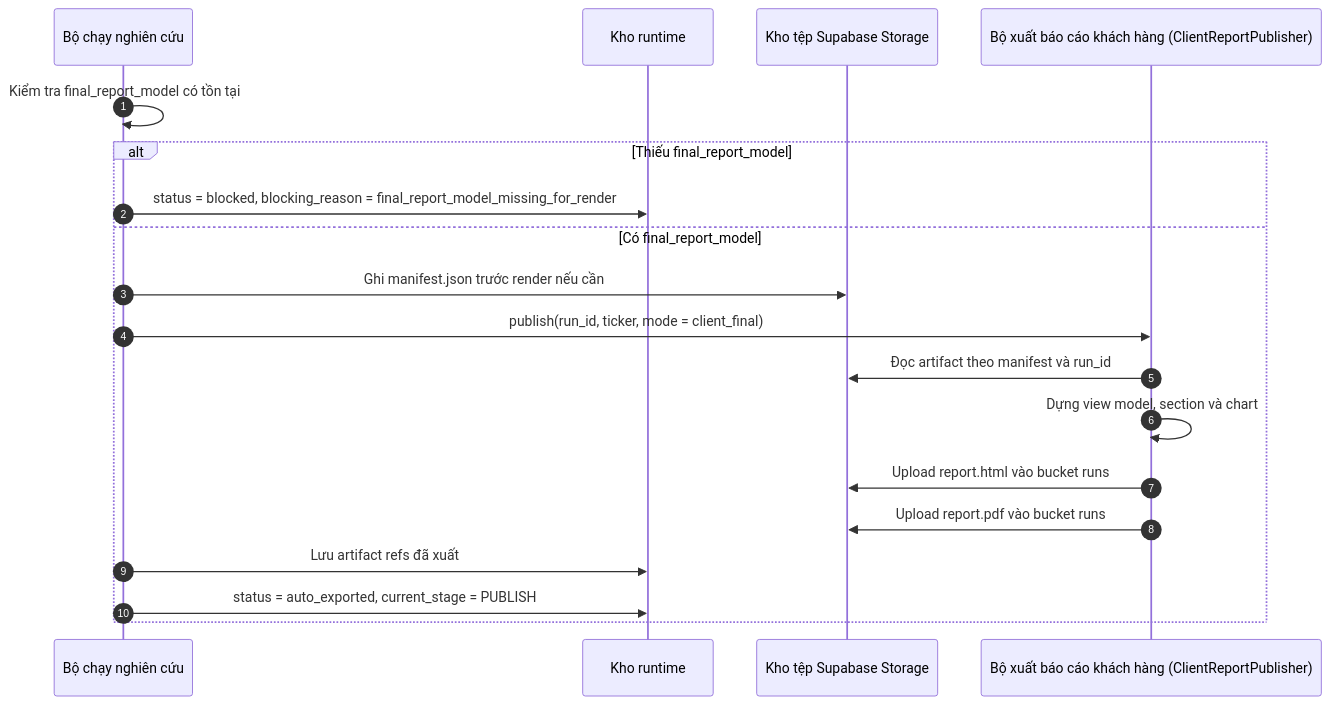
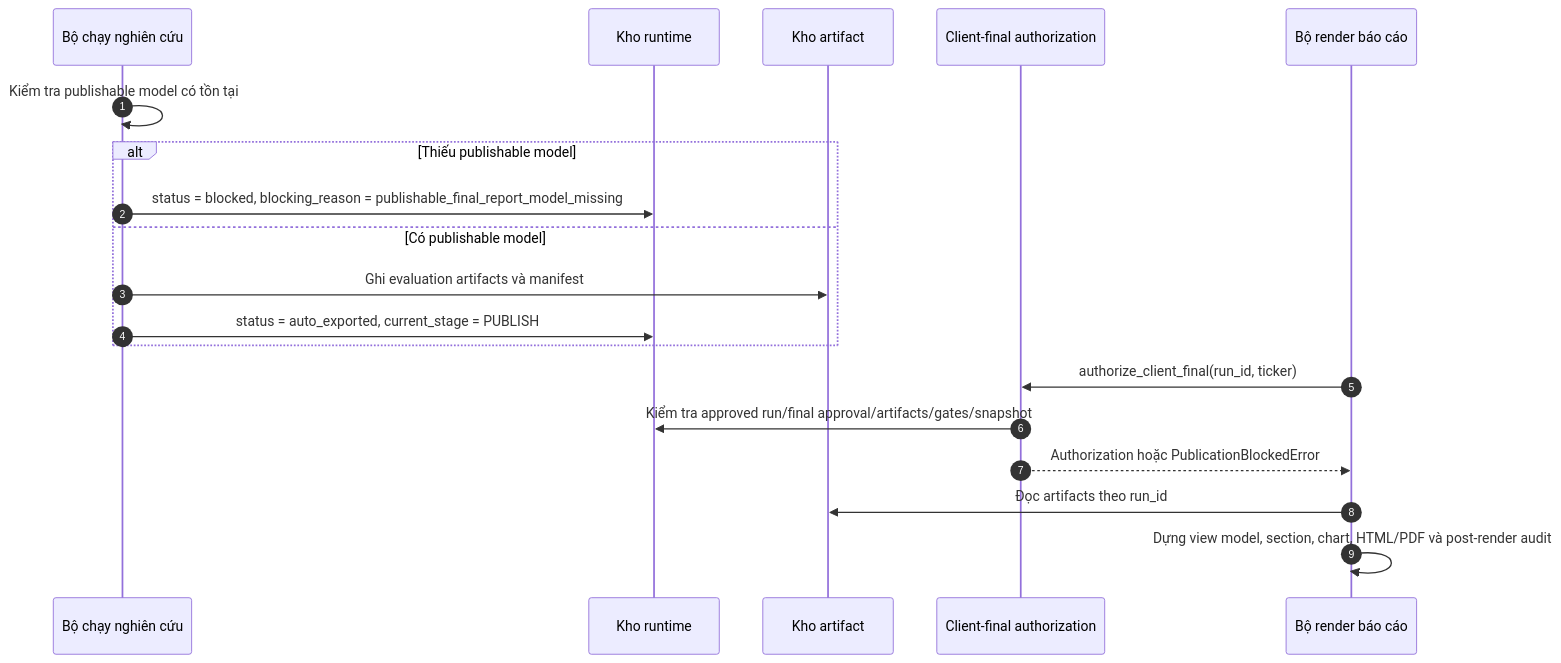
Diagram 14 of 24 in docs/SEQUENCE.md (haubelerche/equity-research-system), drawn with Mermaid before and after one commit. The commit also changed other lines of this file and 178 other files, not shown here.

````diff
--- a/docs/SEQUENCE.md
+++ b/docs/SEQUENCE.md
@@ -395,22 +386,22 @@
 ```mermaid
 sequenceDiagram
     autonumber
     participant R as Bộ chạy nghiên cứu
     participant S as Kho runtime
-    participant ST as Kho tệp Supabase Storage
-    participant P as Bộ xuất báo cáo khách hàng (ClientReportPublisher)
+    participant ST as Kho artifact
+    participant A as Client-final authorization
+    participant P as Bộ render báo cáo
 
-    R->>R: Kiểm tra final_report_model có tồn tại
-    alt Thiếu final_report_model
-        R->>S: status = blocked, blocking_reason = final_report_model_missing_for_render
-    else Có final_report_model
-        R->>ST: Ghi manifest.json trước render nếu cần
-        R->>P: publish(run_id, ticker, mode = client_final)
-        P->>ST: Đọc artifact theo manifest và run_id
-        P->>P: Dựng view model, section và chart
-        P->>ST: Upload report.html vào bucket runs
-        P->>ST: Upload report.pdf vào bucket runs
-        R->>S: Lưu artifact refs đã xuất
+    R->>R: Kiểm tra publishable model có tồn tại
+    alt Thiếu publishable model
+        R->>S: status = blocked, blocking_reason = publishable_final_report_model_missing
+    else Có publishable model
+        R->>ST: Ghi evaluation artifacts và manifest
         R->>S: status = auto_exported, current_stage = PUBLISH
     end
+    P->>A: authorize_client_final(run_id, ticker)
+    A->>S: Kiểm tra approved run/final approval/artifacts/gates/snapshot
+    A-->>P: Authorization hoặc PublicationBlockedError
+    P->>ST: Đọc artifacts theo run_id
+    P->>P: Dựng view model, section, chart, HTML/PDF và post-render audit
 ```
````
